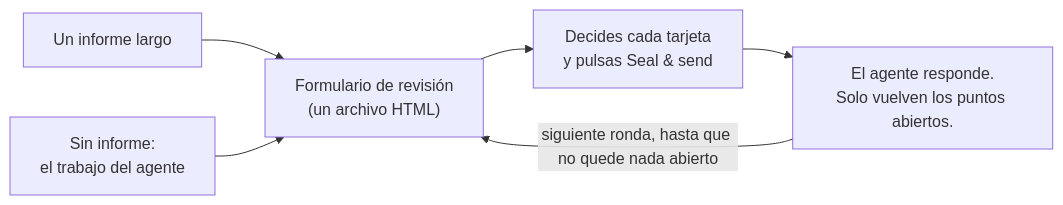
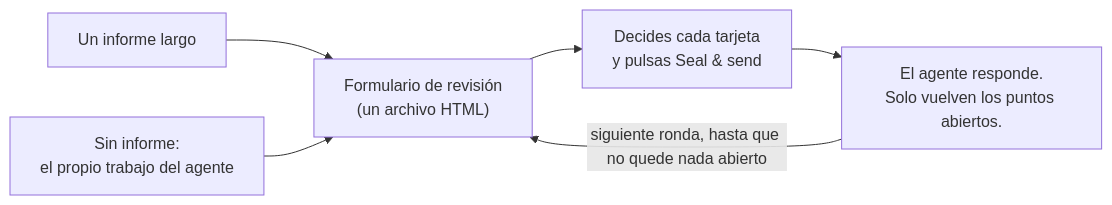
Before and after one commit to HaoranZhang122/granted-review: the diagram in README.es.md, drawn with Mermaid. The commit also changed other lines of this file and 13 other files, not shown here.

````diff
--- a/README.es.md
+++ b/README.es.md
@@ -51,8 +60,8 @@
 ```mermaid
 flowchart LR
   A["Un informe largo"] --> F["Formulario de revisión<br/>(un archivo HTML)"]
-  B["Sin informe:<br/>el trabajo del agente"] --> F
+  B["Sin informe:<br/>el propio trabajo del agente"] --> F
   F --> R["Decides cada tarjeta<br/>y pulsas Seal #amp; send"]
   R --> N["El agente responde.<br/>Solo vuelven los puntos abiertos."]
   N -->|"siguiente ronda, hasta que no quede nada abierto"| F
 ```
````
